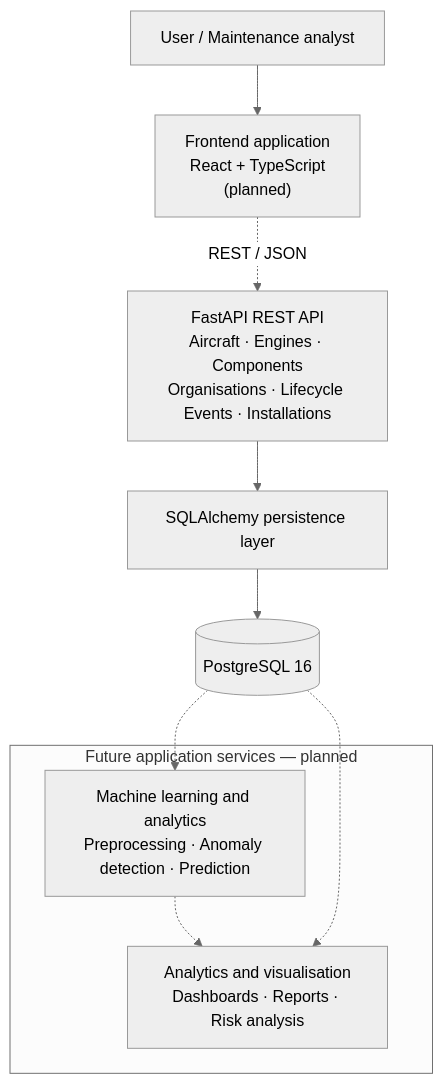
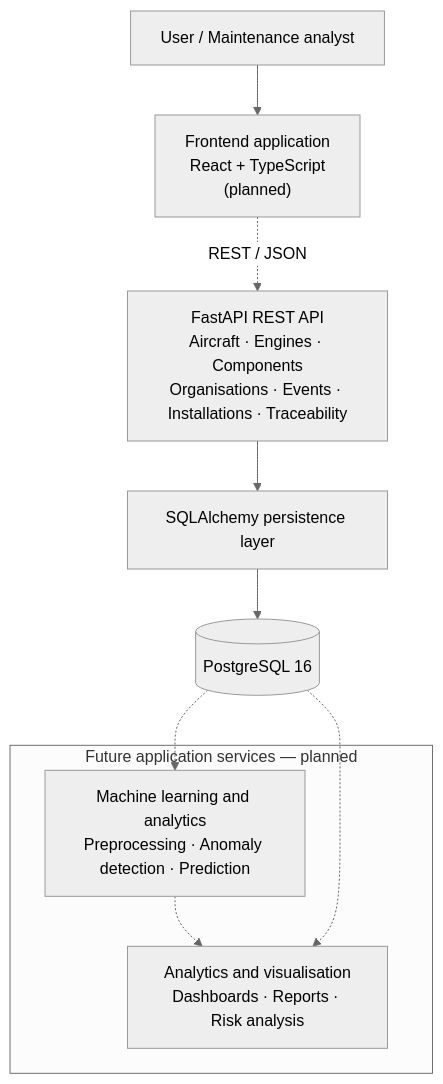
The fourth of 4 diagrams in README.md (krista9669/aerotrace), drawn with Mermaid (neutral theme) before and after one commit. The commit also changed other lines of this file and 4 other files, not shown here.

Commit message:
feat: add aircraft component traceability

````diff
--- a/README.md
+++ b/README.md
@@ -353,19 +418,19 @@
 ```mermaid
 flowchart TB
     User["User / Maintenance analyst"]
     UI["Frontend application<br/>React + TypeScript<br/>(planned)"]
-    API["FastAPI REST API<br/>Aircraft · Engines · Components<br/>Organisations · Lifecycle Events · Installations"]
+    API["FastAPI REST API<br/>Aircraft · Engines · Components<br/>Organisations · Events · Installations · Traceability"]
     subgraph Services["Future application services — planned"]
         ML["Machine learning and analytics<br/>Preprocessing · Anomaly detection · Prediction"]
         Reports["Analytics and visualisation<br/>Dashboards · Reports · Risk analysis"]
     end
     ORM["SQLAlchemy persistence layer"]
     DB[("PostgreSQL 16")]
     User --> UI
     UI -.->|"REST / JSON"| API
     API --> ORM
     ORM --> DB
     DB -.-> ML
     ML -.-> Reports
     DB -.-> Reports
 ```
````
